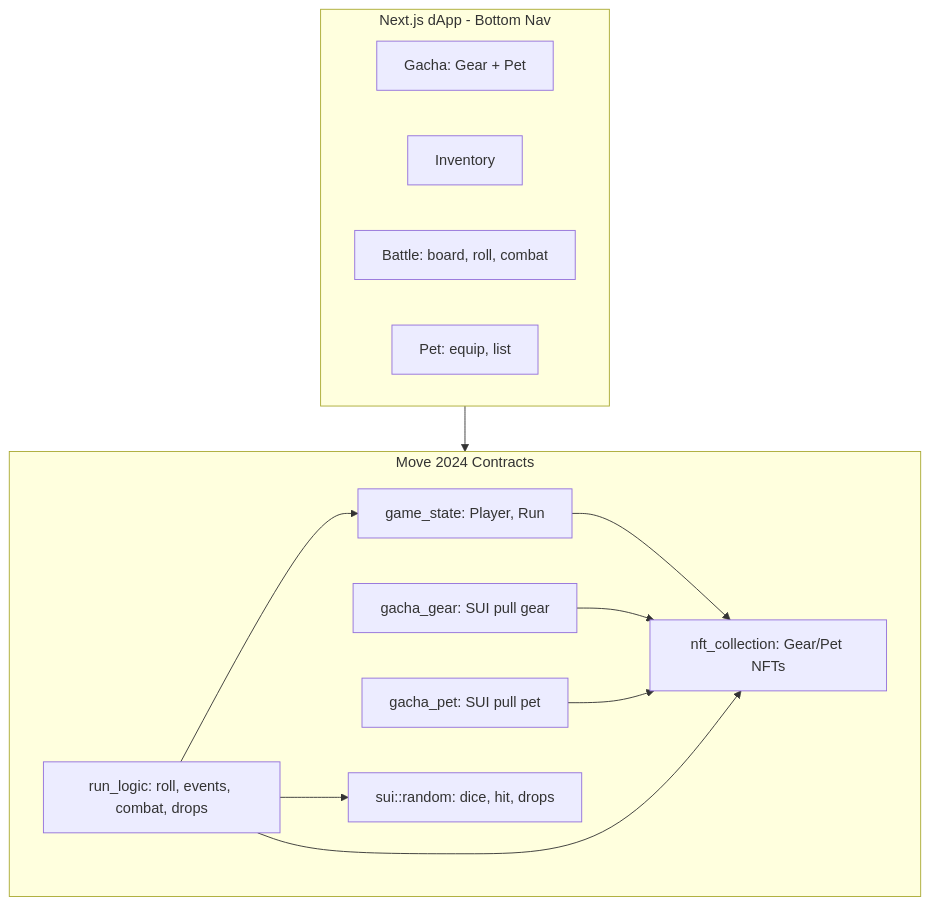
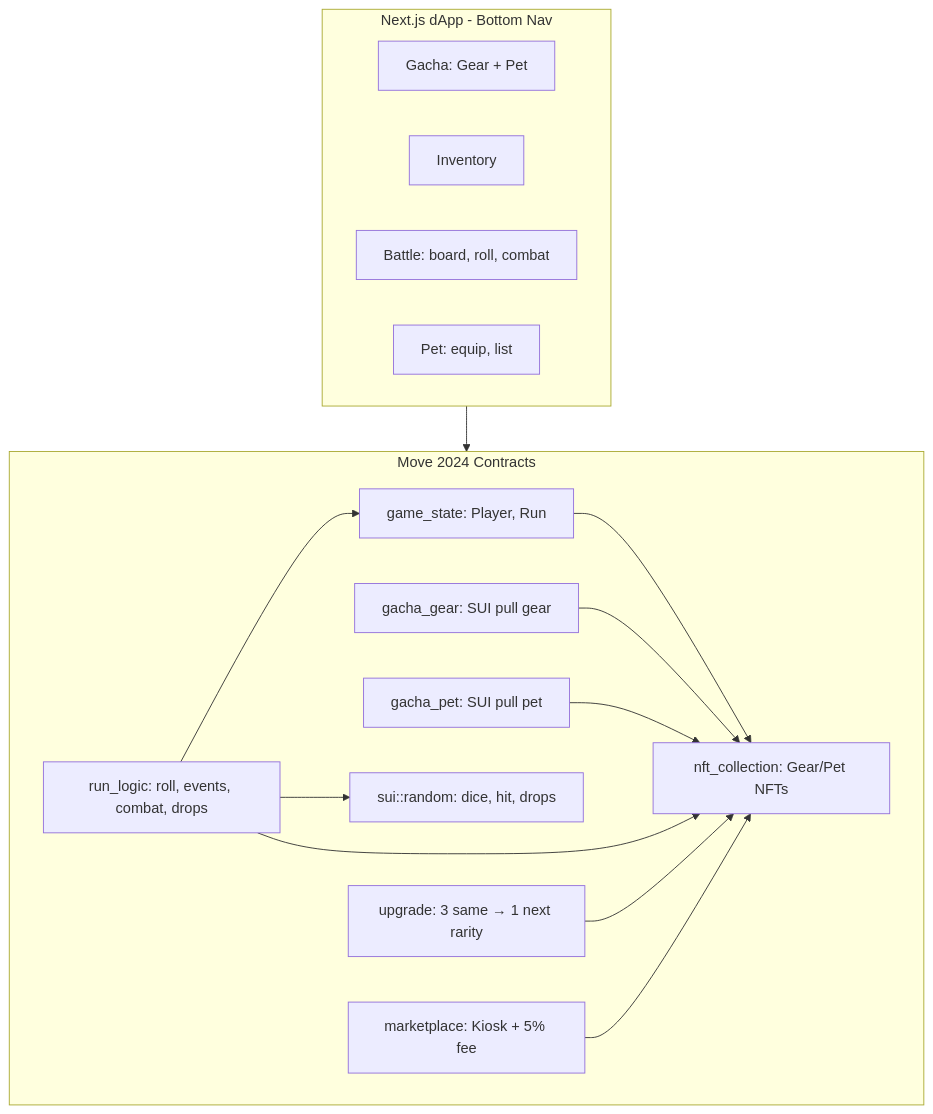
One commit to UyLeQuoc/SuiVenture changed the diagram in .cursor/plans/suiventure_prd_implementation_32864278.plan.md. Above: the diagram before and after it, drawn with Mermaid. The commit also changed other lines of this file and 33 other files, not shown here.

First line of the commit message:
Enhance SuiVenture dApp with upgrade and marketplace features

````diff
--- a/.cursor/plans/suiventure_prd_implementation_32864278.plan.md
+++ b/.cursor/plans/suiventure_prd_implementation_32864278.plan.md
@@ -16,26 +16,30 @@
 ```mermaid
 flowchart TB
   subgraph frontend [Next.js dApp - Bottom Nav]
     Gacha[Gacha: Gear + Pet]
     Inventory[Inventory]
     Battle[Battle: board, roll, combat]
     Pet[Pet: equip, list]
   end
 
   subgraph move [Move 2024 Contracts]
     game_state[game_state: Player, Run]
     nft_collection[nft_collection: Gear/Pet NFTs]
     gacha_gear[gacha_gear: SUI pull gear]
     gacha_pet[gacha_pet: SUI pull pet]
     run_logic[run_logic: roll, events, combat, drops]
+    upgrade[upgrade: 3 same → 1 next rarity]
+    marketplace[marketplace: Kiosk + 5% fee]
     randomness[sui::random: dice, hit, drops]
   end
 
   game_state --> nft_collection
   gacha_gear --> nft_collection
   gacha_pet --> nft_collection
   run_logic --> game_state
   run_logic --> nft_collection
   run_logic --> randomness
+  upgrade --> nft_collection
+  marketplace --> nft_collection
   frontend --> move
 ```
````
